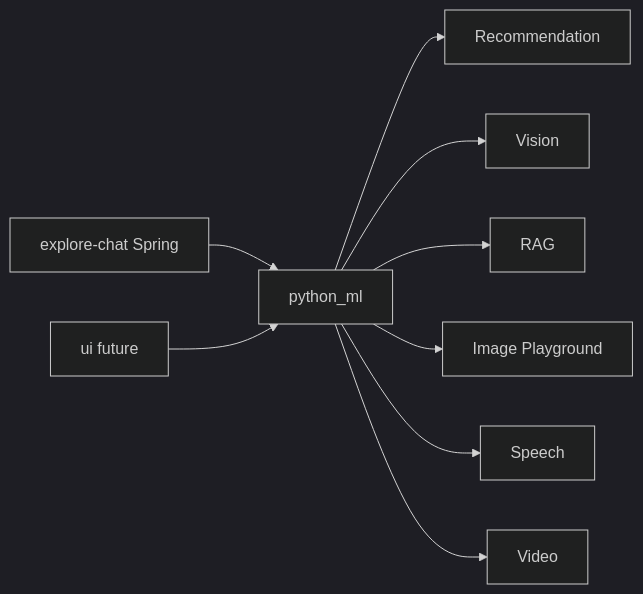
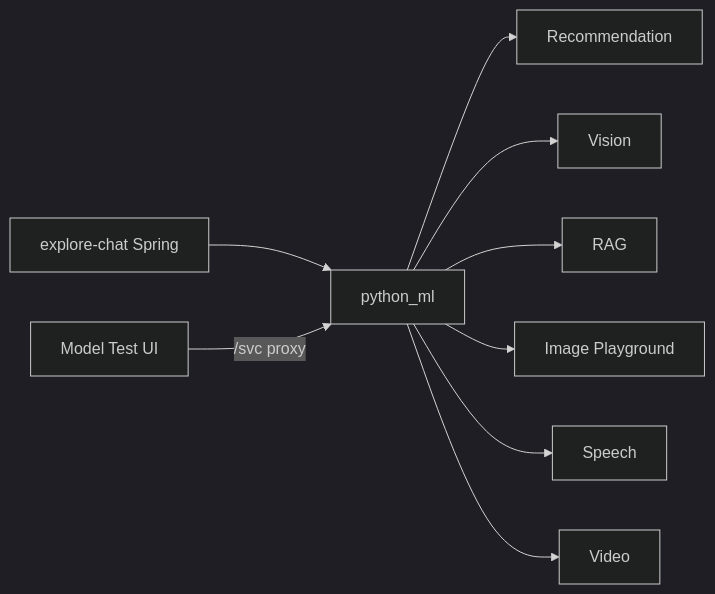
Before and after one commit to felixzhu97/explore-ml: the diagram in docs/Glossary.md, drawn with Mermaid (dark theme). The commit also changed other lines of this file and 6 other files, not shown here.

First line of the commit message:
Add UI CI job and document the model test UI (#46)

````diff
--- a/docs/Glossary.md
+++ b/docs/Glossary.md
@@ -35,11 +35,11 @@
 ```mermaid
 flowchart LR
   siblingApi[explore-chat Spring] --> pyMl[python_ml]
-  testUi[ui future] --> pyMl
+  testUi[Model Test UI] -->|/svc proxy| pyMl
   pyMl --> rec[Recommendation]
   pyMl --> vis[Vision]
   pyMl --> ragSvc[RAG]
   pyMl --> ip[Image Playground]
   pyMl --> sp[Speech]
   pyMl --> vd[Video]
 ```
````
